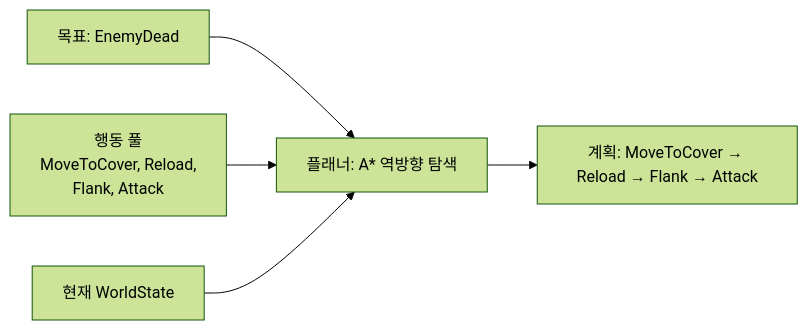
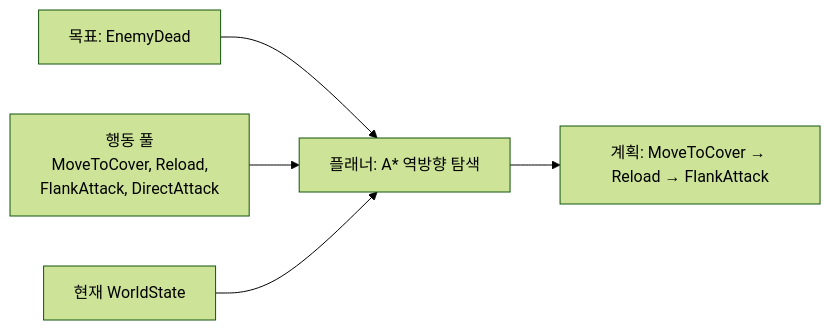
Before and after one commit to Rein-ArXiv/game-dev-curriculum: the first of 9 diagrams in ai/part04_goap.md, drawn with Mermaid (forest theme). The commit also changed other lines of this file and 1129 other files, not shown here.

````diff
--- a/ai/part04_goap.md
+++ b/ai/part04_goap.md
@@ -9,7 +9,7 @@
 ```mermaid
 flowchart LR
     Goal[목표: EnemyDead] --> Plan[플래너: A* 역방향 탐색]
-    Pool[행동 풀<br/>MoveToCover, Reload,<br/>Flank, Attack] --> Plan
+    Pool[행동 풀<br/>MoveToCover, Reload,<br/>FlankAttack, DirectAttack] --> Plan
     State[현재 WorldState] --> Plan
-    Plan --> Seq[계획: MoveToCover → Reload → Flank → Attack]
+    Plan --> Seq[계획: MoveToCover → Reload → FlankAttack]
 ```
````
